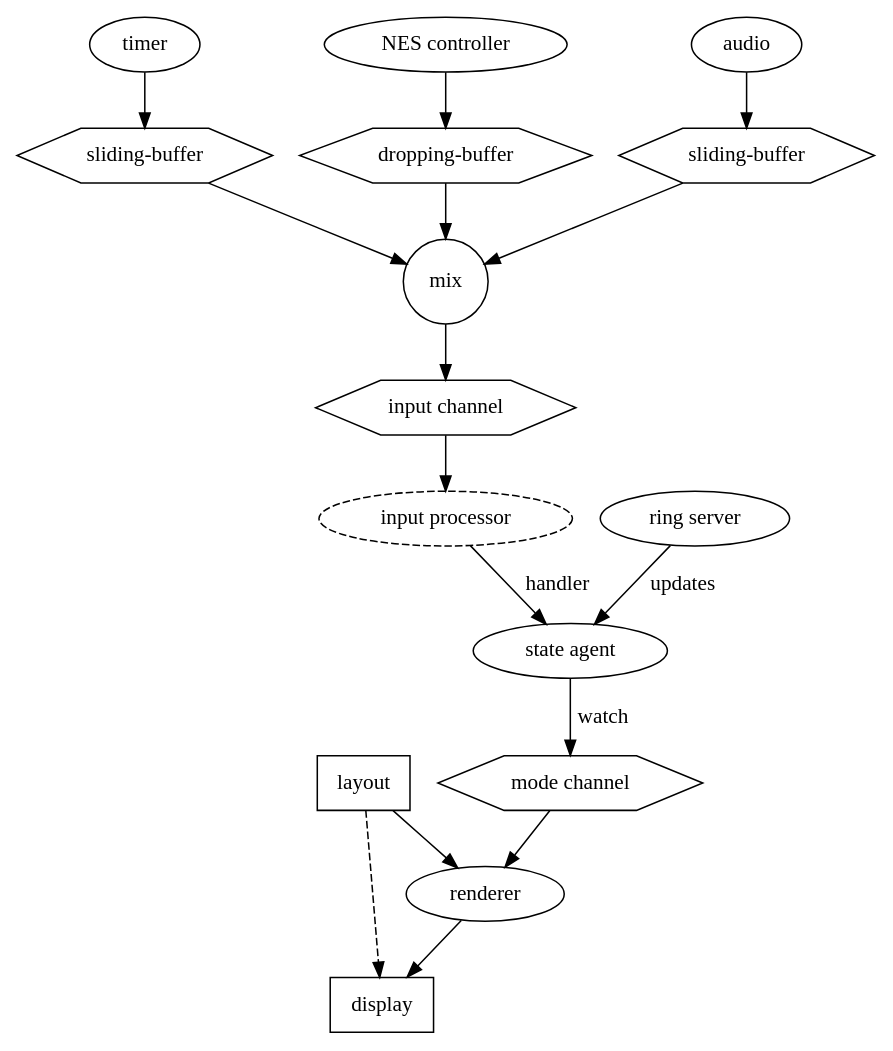
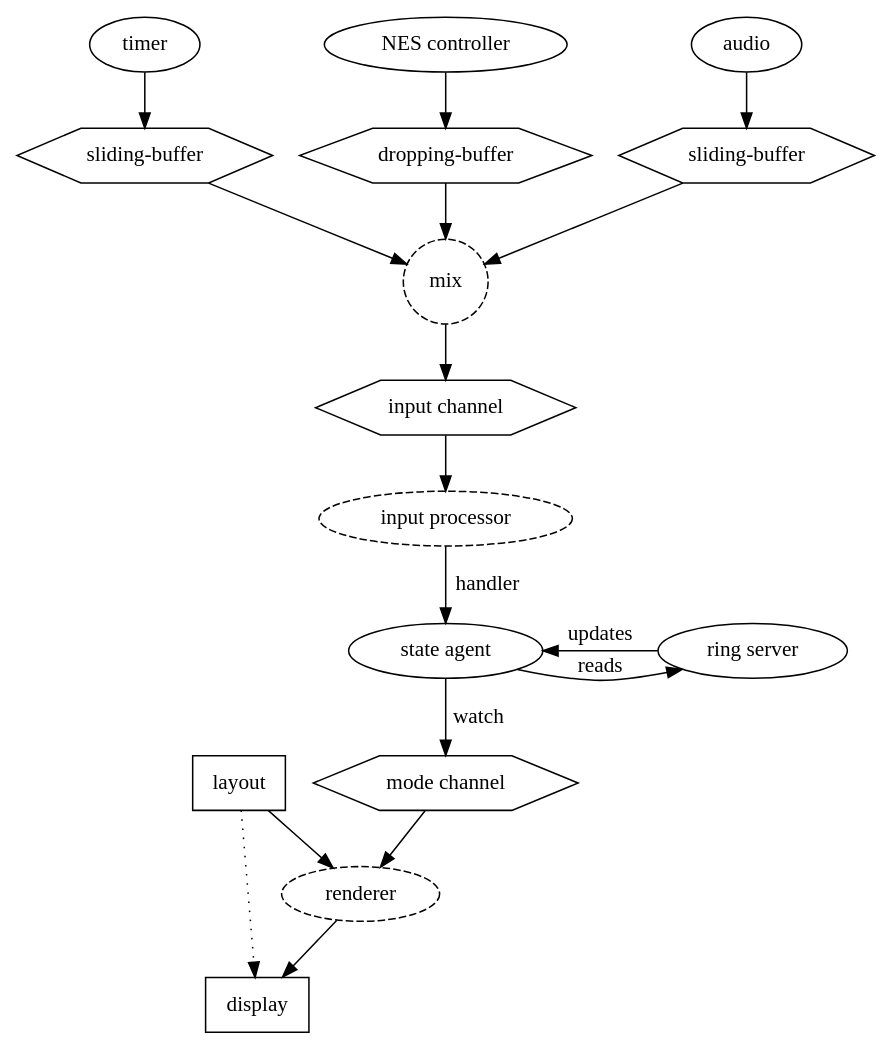
Before and after one commit to playasophy/wonderdome: the diagram in doc/system.dot, drawn with Graphviz. The commit also changed 1 other file, not shown here.

Commit message:
More system graph updates.

```diff
--- a/doc/system.dot
+++ b/doc/system.dot
@@ -1,56 +1,54 @@
 // Wonderdome system graph
 
-digraph components {
+digraph wonderdome_components {
     node [shape=ellipse];
 
-    /*
-    subgraph cluster_legend {
-        thread [shape=ellipse];
-        queue [shape=box];
-        function [shape=diamond];
-        component [shape=hexagon];
-    }
-    */
-
     // Basic components
-    state_agent [label="state agent"];
     layout [shape=box];
     display [shape=box];
-    layout -> display [style="dashed"];
+    layout -> display [style=dotted];
+
+    {
+        rank = same;
+
+        // Agent
+        state_agent [label="state agent"];
+
+        // Web server
+        ring_server [label="ring server"];
+        state_agent -> ring_server [label="reads"];
+        ring_server -> state_agent [label="updates"];
+    }
 
     // Rendering process
     render_channel [label="mode channel",shape=hexagon];
-    render_process [label="renderer"];
+    render_process [label="renderer",style=dashed];
     render_channel -> render_process;
     layout -> render_process -> display;
     state_agent -> render_channel [label="watch"];
 
     // Input channel
-    input_mix [label="mix",shape=circle];
+    input_mix [label="mix",shape=circle,style=dashed];
     input_channel [label="input channel",shape=hexagon];
     input_mix -> input_channel;
 
     // Timer input
     timer_input [label="timer"];
     timer_buffer [label="sliding-buffer",shape=hexagon];
     timer_input -> timer_buffer -> input_mix;
 
     // Button input
     button_input [label="NES controller"];
     button_buffer [label="dropping-buffer",shape=hexagon];
     button_input -> button_buffer -> input_mix;
 
     // Audio input
     audio_input [label="audio"];
     audio_buffer [label="sliding-buffer",shape=hexagon];
     audio_input -> audio_buffer -> input_mix;
 
     // Input processor
     input_processor [label="input processor",style=dashed];
     input_channel -> input_processor;
     input_processor -> state_agent [label="handler"];
-
-    // Web server
-    ring_server [label="ring server"];
-    ring_server -> state_agent [label="updates"];
 }
```
